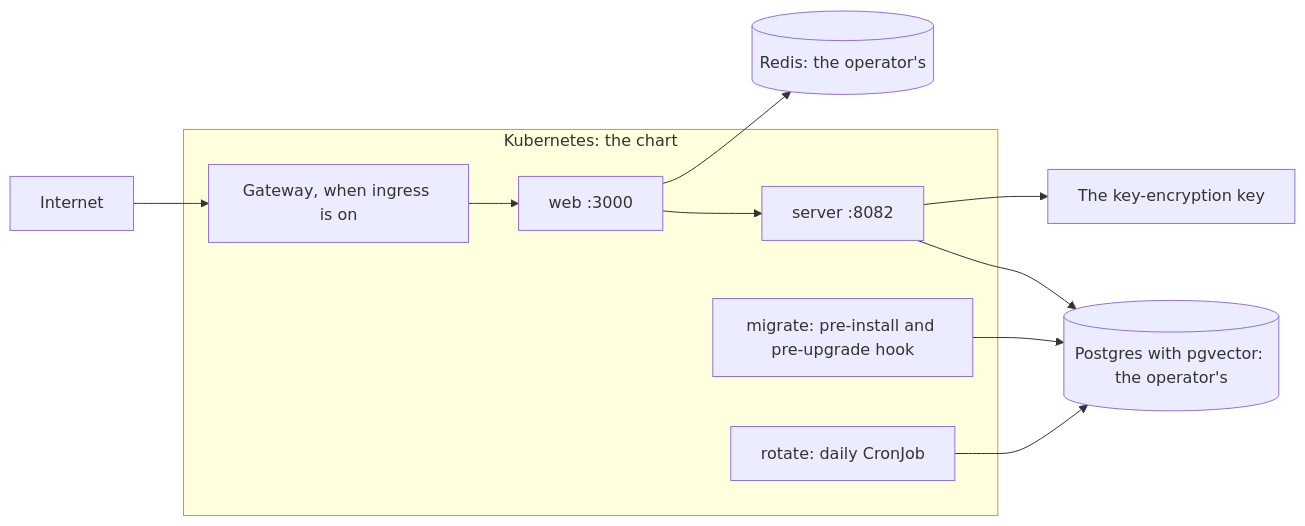
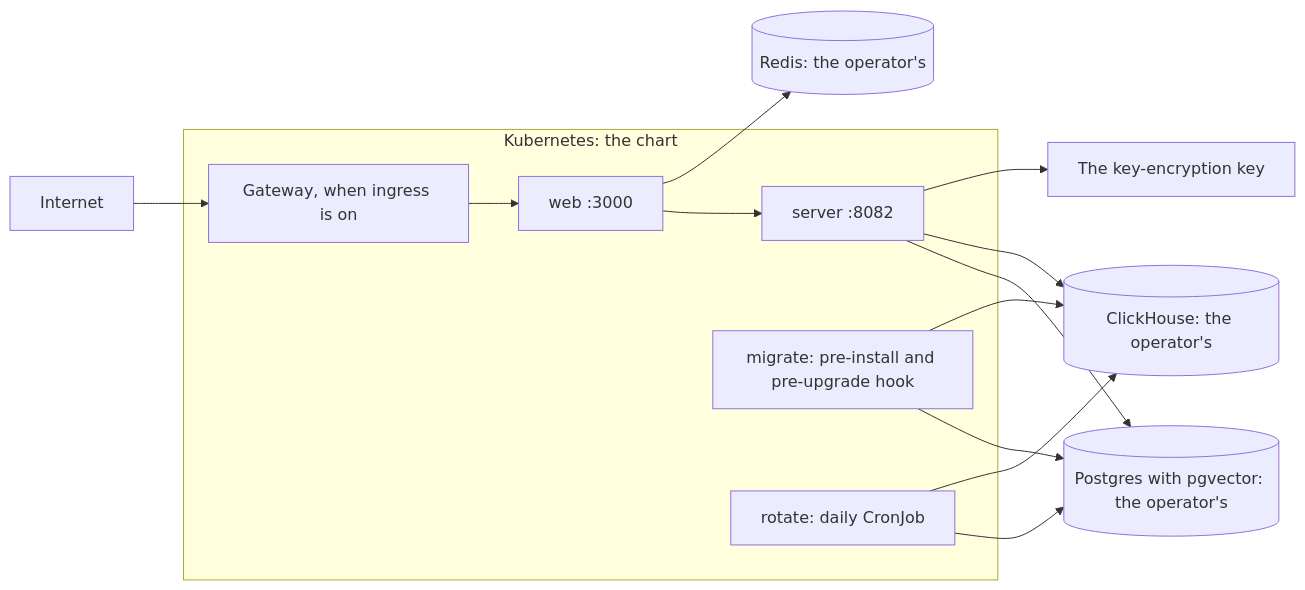
The fifth of 5 diagrams in ARCHITECTURE.md (telmoni/telmoni), drawn with Mermaid before and after one commit. The commit also changed other lines of this file and 110 other files, not shown here.

````diff
--- a/ARCHITECTURE.md
+++ b/ARCHITECTURE.md
@@ -281,15 +295,16 @@
 ```mermaid
 flowchart LR
   Internet --> GW["Gateway, when ingress is on"]
   subgraph Cluster["Kubernetes: the chart"]
     GW --> Web["web :3000"]
     Web --> Server["server :8082"]
     Migrate["migrate: pre-install and pre-upgrade hook"]
     Rotate["rotate: daily CronJob"]
   end
   Web --> Redis[("Redis: the operator's")]
   Server --> PG[("Postgres with pgvector: the operator's")]
+  Server --> CH[("ClickHouse: the operator's")]
   Server --> KMS["The key-encryption key"]
-  Migrate --> PG
-  Rotate --> PG
+  Migrate --> PG & CH
+  Rotate --> PG & CH
 ```
````
